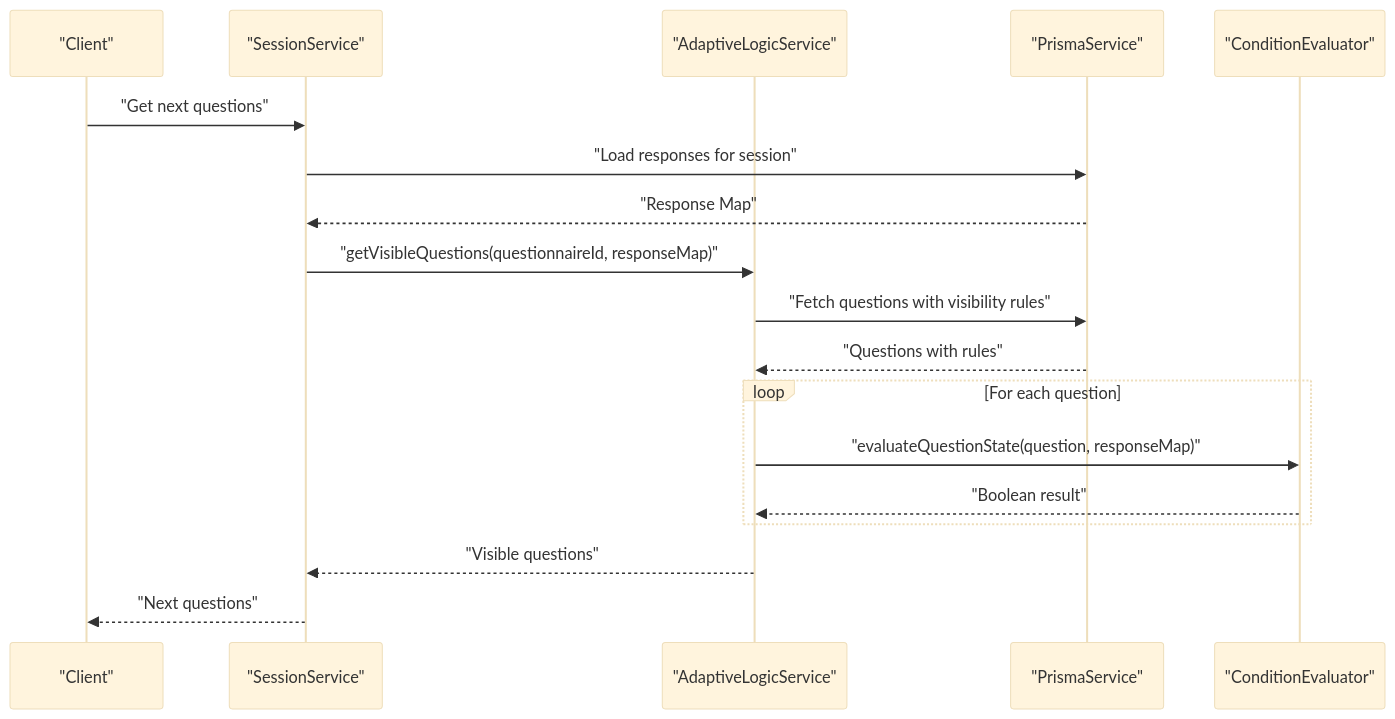
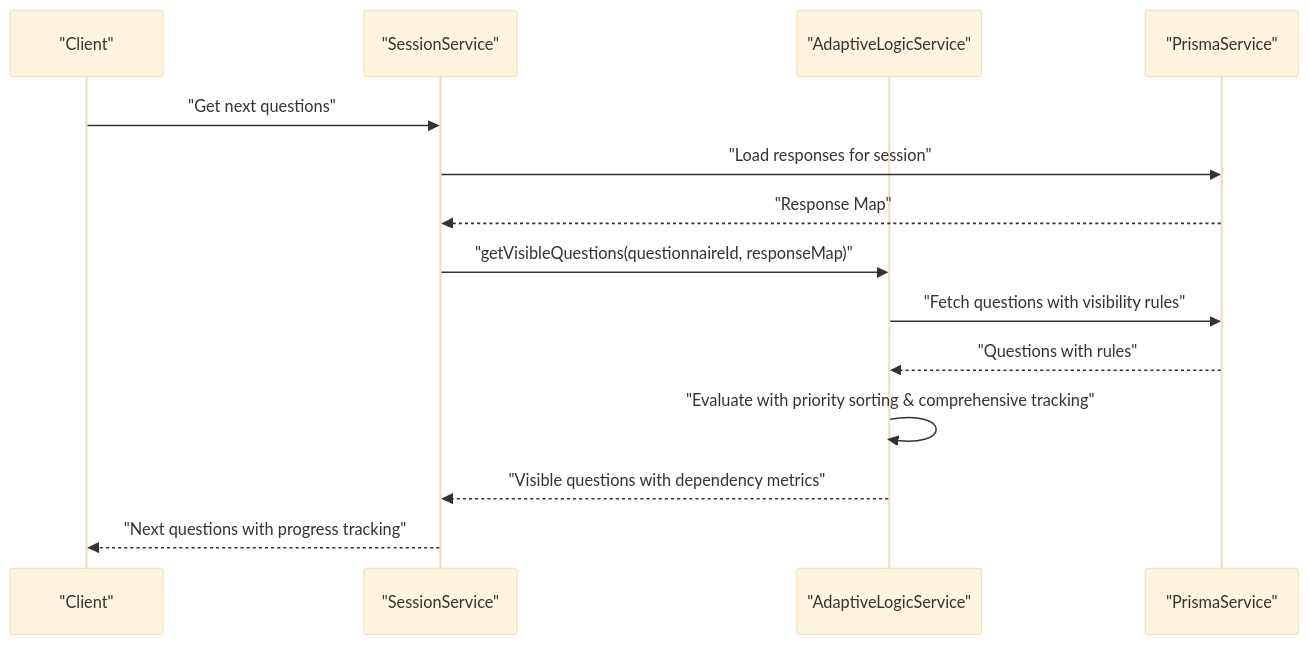
Before and after one commit to Avi-Bendetsky/Quiz-to-build: the second of 2 diagrams in .qoder/repowiki/en/content/Core Modules/Adaptive Logic Module.md, drawn with Mermaid (base theme). The commit also changed other lines of this file and 41 other files, not shown here.

````diff
--- a/.qoder/repowiki/en/content/Core Modules/Adaptive Logic Module.md
+++ b/.qoder/repowiki/en/content/Core Modules/Adaptive Logic Module.md
@@ -87,20 +95,16 @@
 ```mermaid
 sequenceDiagram
 participant Client as "Client"
 participant Session as "SessionService"
 participant Logic as "AdaptiveLogicService"
 participant DB as "PrismaService"
-participant Eval as "ConditionEvaluator"
 Client->>Session : "Get next questions"
 Session->>DB : "Load responses for session"
 DB-->>Session : "Response Map"
 Session->>Logic : "getVisibleQuestions(questionnaireId, responseMap)"
 Logic->>DB : "Fetch questions with visibility rules"
 DB-->>Logic : "Questions with rules"
-loop For each question
-Logic->>Eval : "evaluateQuestionState(question, responseMap)"
-Eval-->>Logic : "Boolean result"
-end
-Logic-->>Session : "Visible questions"
-Session-->>Client : "Next questions"
+Logic->>Logic : "Evaluate with priority sorting & comprehensive tracking"
+Logic-->>Session : "Visible questions with dependency metrics"
+Session-->>Client : "Next questions with progress tracking"
 ```
````
